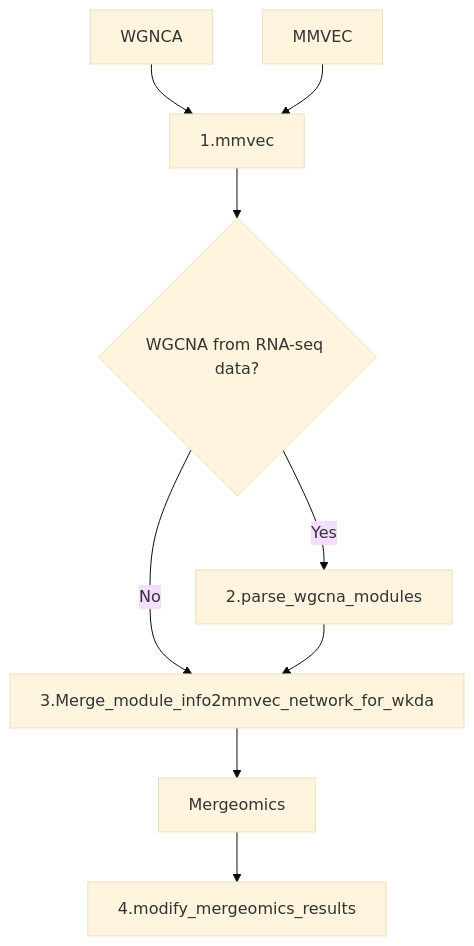
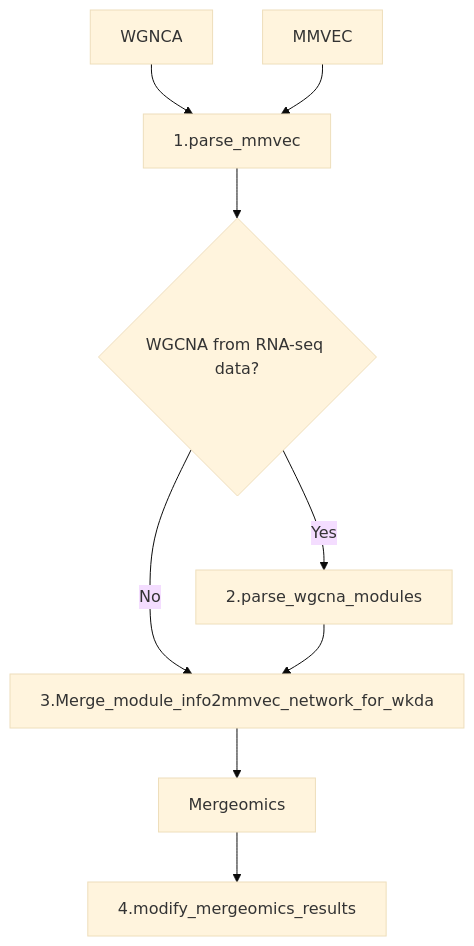
One commit to smha118/keto_diet_pediatric_epilepsy changed the diagram in README.md. Above: the diagram before and after it, drawn with Mermaid (base theme). The commit also changed 4 other files, not shown here.

````diff
--- a/README.md
+++ b/README.md
@@ -17,11 +17,11 @@
 ```mermaid
 flowchart TD;
-	A[WGNCA] --> C[1.mmvec]
-	B[MMVEC] --> C[1.mmvec]
+	A[WGNCA] --> C[1.parse_mmvec]
+	B[MMVEC] --> C[1.parse_mmvec]
 	C-->D{WGCNA from RNA-seq data?}
 	D -- Yes --> E[2.parse_wgcna_modules]
 	D -- No --> F[3.Merge_module_info2mmvec_network_for_wkda]
 	E --> F[3.Merge_module_info2mmvec_network_for_wkda]
 	F --> G[Mergeomics]
 	G --> H[4.modify_mergeomics_results]
 ```
````
